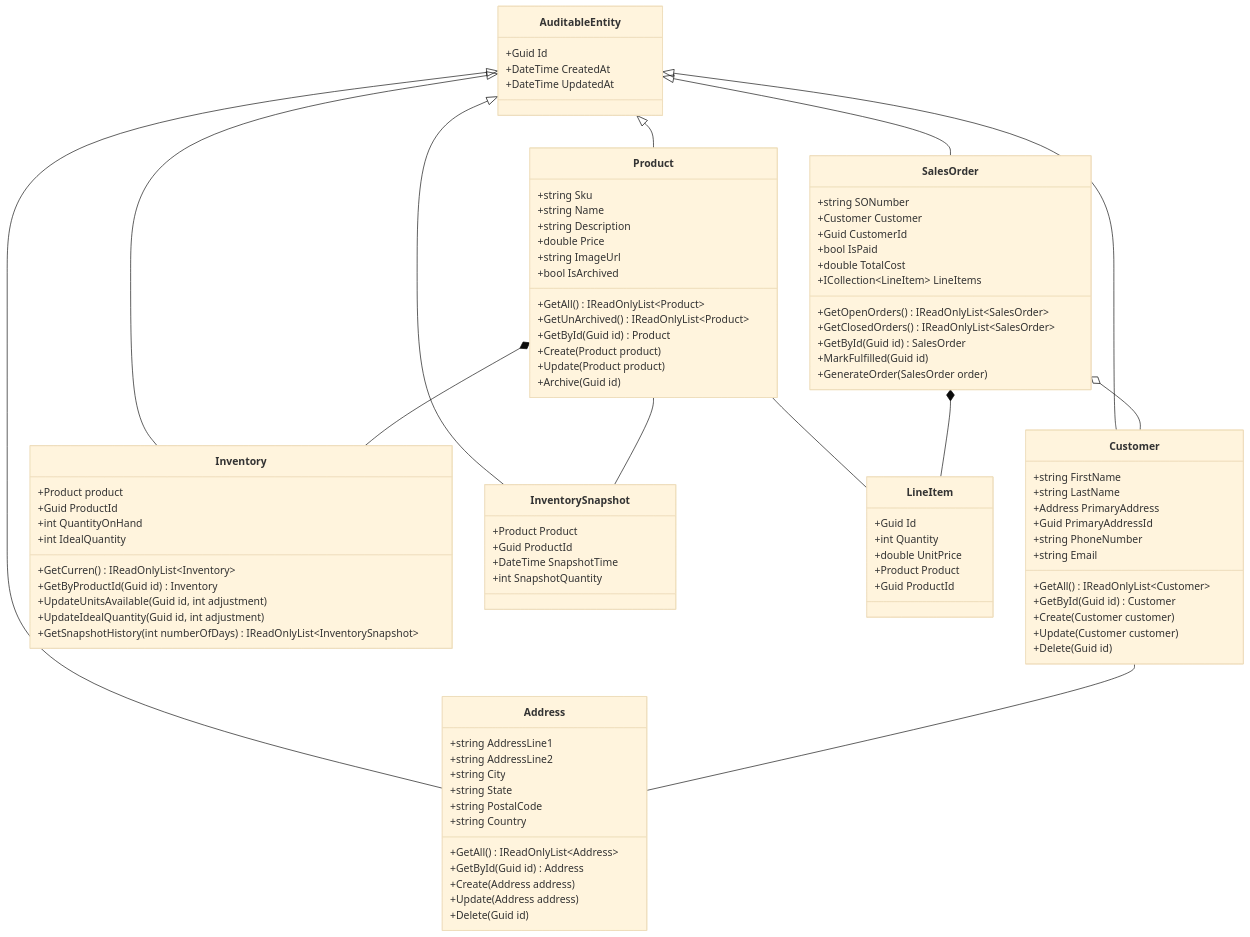
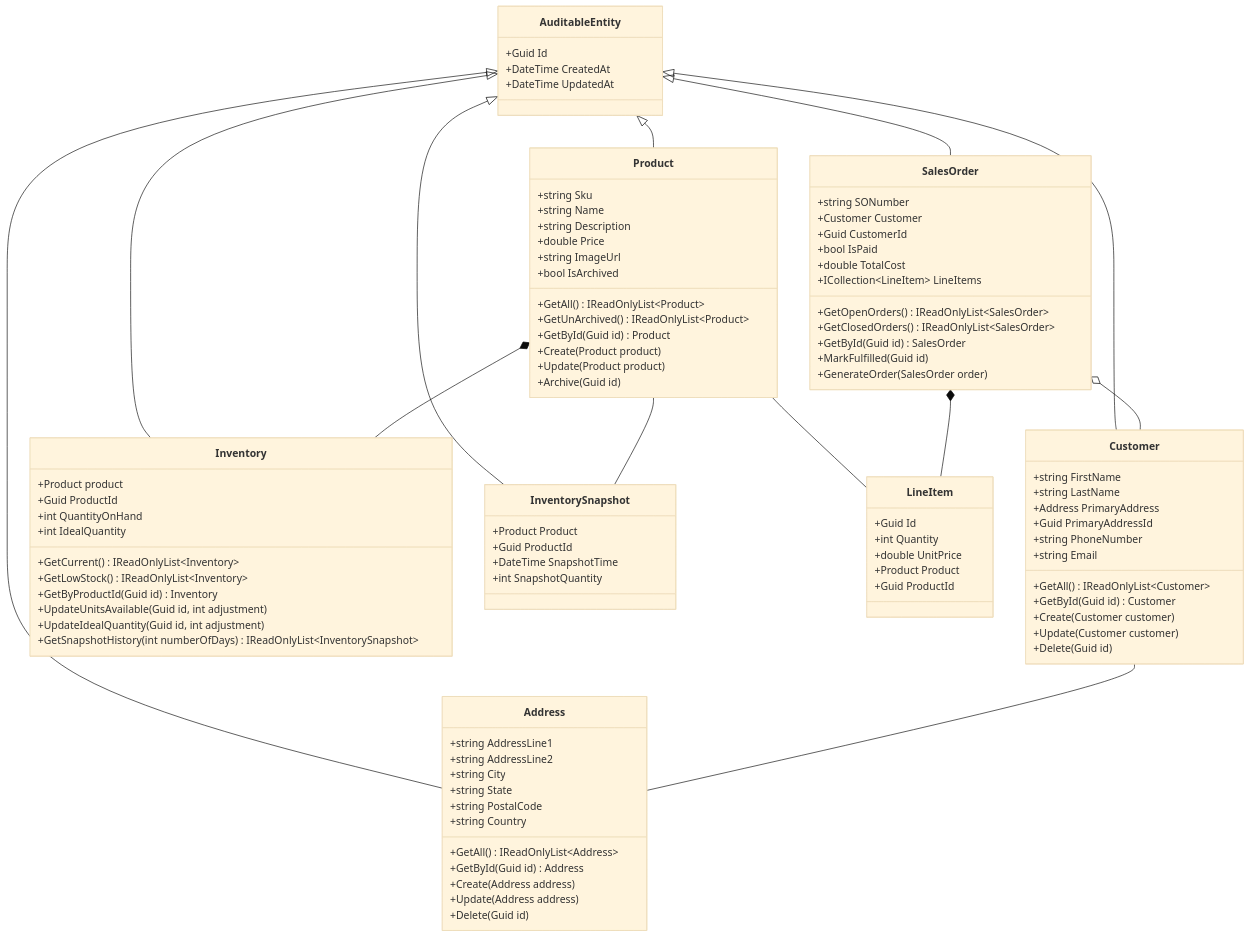
Before and after one commit to driksot/Artisan-Gemstone-IMS: the second of 2 diagrams in README.md, drawn with Mermaid (base theme). The commit also changed 16 other files, not shown here.

Commit message:
Add Low Stock query, controller and UI element

```diff
--- a/README.md
+++ b/README.md
@@ -141,7 +141,8 @@
         +Guid ProductId
         +int QuantityOnHand
         +int IdealQuantity
-        +GetCurren() IReadOnlyList~Inventory~
+        +GetCurrent() IReadOnlyList~Inventory~
+        +GetLowStock() IReadOnlyList~Inventory~
         +GetByProductId(Guid id) Inventory
         +UpdateUnitsAvailable(Guid id, int adjustment)
         +UpdateIdealQuantity(Guid id, int adjustment)
```
